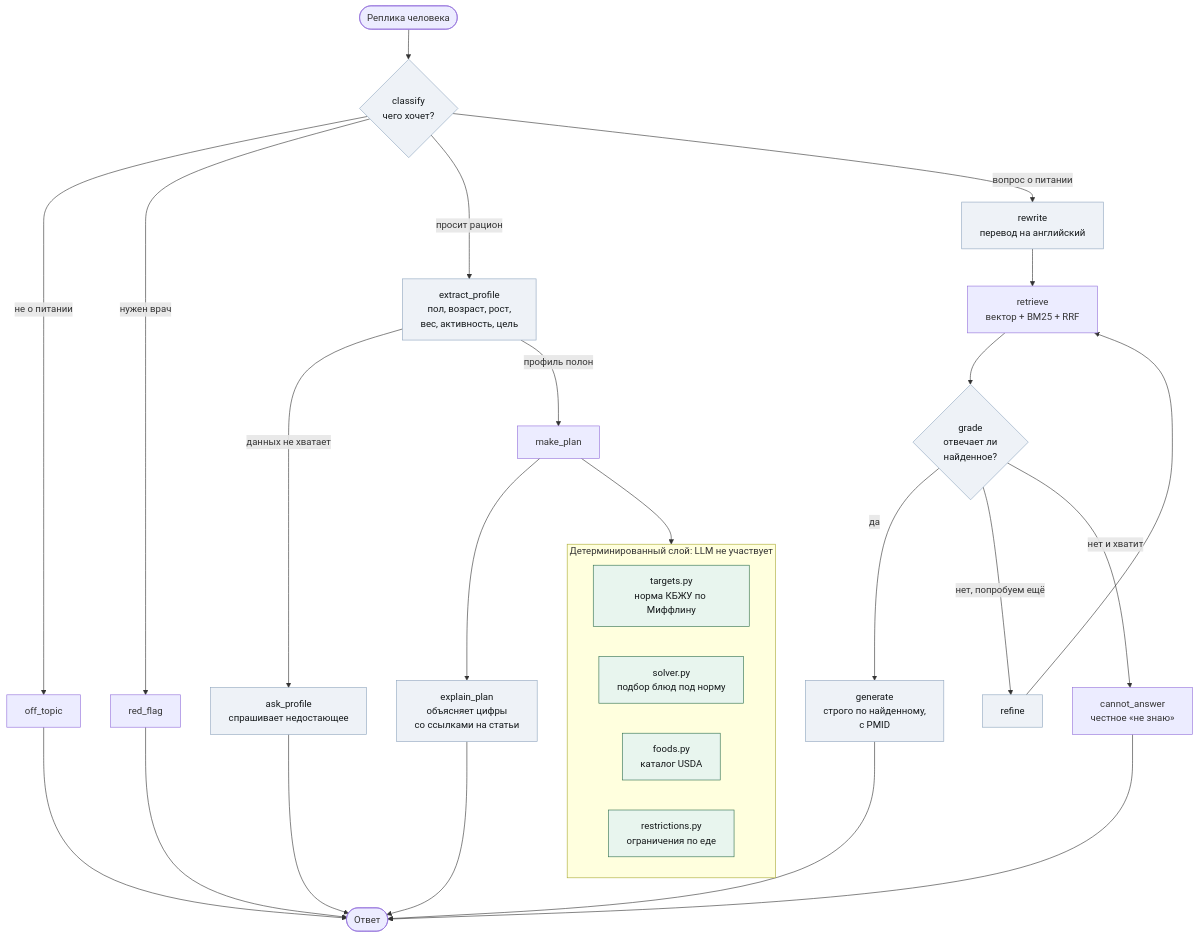
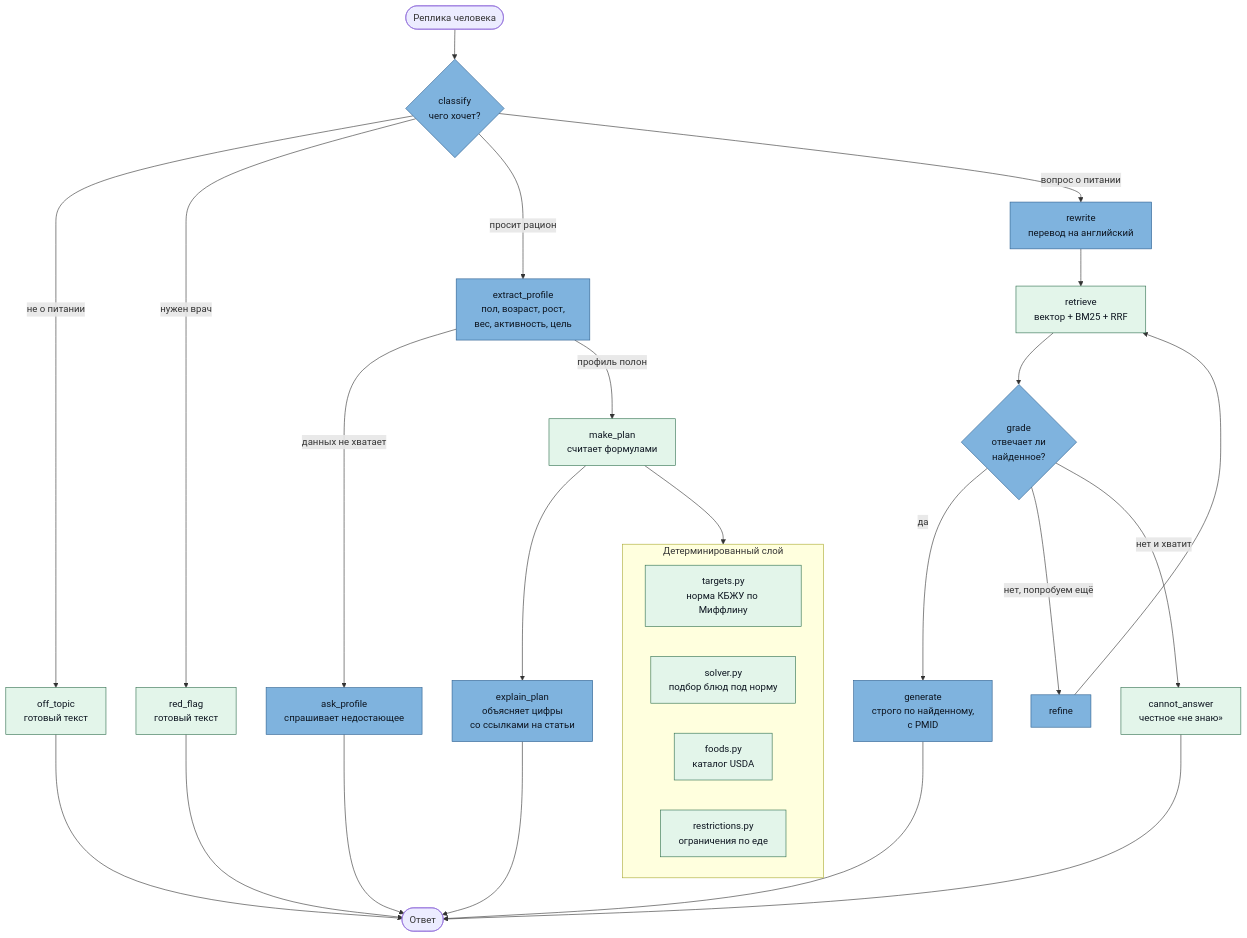
Before and after one commit to Lutichek/Nutrition-agent: the diagram in README.md, drawn with Mermaid. The commit also changed other lines of this file, not shown here.

Commit message:
Диаграмма: различимые цвета и честная подпись
Две ошибки, и обе тихие.

Заливки были #eef2f7 и #e8f5ee — бледно-голубая и бледно-зелёная
со светлотой 94.7% и 94.8%. Разница 0.1 процентного пункта: цвета
отрисовывались, но на экране это два почти белых прямоугольника.
Новая пара различается и тоном (207° против 143°), и светлотой
(контраст 1.97) — видна даже в оттенках серого.

Вторая ошибка хуже: четыре узла не были покрашены вовсе. off_topic,
red_flag, cannot_answer и make_plan работают без модели, но в подписи
«голубым — LLM, зелёным — остальное» не попадали ни в одну категорию.
Проверено по agent.py: все тринадцать узлов теперь отнесены к тому
классу, которому соответствуют в коде.

Классы проставлены синтаксисом :::, а перечень узлов в подписи дан
словами: оттенок может не пережить смену темы или отрисовщика,
а список переживёт.

````diff
--- a/README.md
+++ b/README.md
@@ -42,32 +42,30 @@
 ```mermaid
 flowchart TD
-    Q([Реплика человека]) --> C{classify<br/>чего хочет?}
+    Q([Реплика человека]) --> C{classify<br/>чего хочет?}:::llm
 
-    C -->|не о питании| OT[off_topic] --> E([Ответ])
-    C -->|нужен врач| RF[red_flag] --> E
+    C -->|не о питании| OT[off_topic<br/>готовый текст]:::code --> E([Ответ])
+    C -->|нужен врач| RF[red_flag<br/>готовый текст]:::code --> E
 
-    C -->|просит рацион| EP[extract_profile<br/>пол, возраст, рост,<br/>вес, активность, цель]
-    EP -->|данных не хватает| AP[ask_profile<br/>спрашивает недостающее] --> E
-    EP -->|профиль полон| MP[make_plan]
-    MP --> XP[explain_plan<br/>объясняет цифры<br/>со ссылками на статьи] --> E
+    C -->|просит рацион| EP[extract_profile<br/>пол, возраст, рост,<br/>вес, активность, цель]:::llm
+    EP -->|данных не хватает| AP[ask_profile<br/>спрашивает недостающее]:::llm --> E
+    EP -->|профиль полон| MP[make_plan<br/>считает формулами]:::code
+    MP --> XP[explain_plan<br/>объясняет цифры<br/>со ссылками на статьи]:::llm --> E
 
-    C -->|вопрос о питании| RW[rewrite<br/>перевод на английский] --> RT[retrieve<br/>вектор + BM25 + RRF]
-    RT --> G{grade<br/>отвечает ли<br/>найденное?}
-    G -->|да| GEN[generate<br/>строго по найденному,<br/>с PMID] --> E
-    G -->|нет, попробуем ещё| RFN[refine] --> RT
-    G -->|нет и хватит| CA[cannot_answer<br/>честное «не знаю»] --> E
+    C -->|вопрос о питании| RW[rewrite<br/>перевод на английский]:::llm --> RT[retrieve<br/>вектор + BM25 + RRF]:::code
+    RT --> G{grade<br/>отвечает ли<br/>найденное?}:::llm
+    G -->|да| GEN[generate<br/>строго по найденному,<br/>с PMID]:::llm --> E
+    G -->|нет, попробуем ещё| RFN[refine]:::llm --> RT
+    G -->|нет и хватит| CA[cannot_answer<br/>честное «не знаю»]:::code --> E
 
-    subgraph DET [Детерминированный слой: LLM не участвует]
-        T[targets.py<br/>норма КБЖУ по Миффлину]
-        S[solver.py<br/>подбор блюд под норму]
-        F[foods.py<br/>каталог USDA]
-        R[restrictions.py<br/>ограничения по еде]
+    subgraph DET [Детерминированный слой]
+        T[targets.py<br/>норма КБЖУ по Миффлину]:::code
+        S[solver.py<br/>подбор блюд под норму]:::code
+        F[foods.py<br/>каталог USDA]:::code
+        R[restrictions.py<br/>ограничения по еде]:::code
     end
 
     MP --> DET
 
-    classDef llm fill:#eef2f7,stroke:#8fa6bf,color:#14181a
-    classDef code fill:#e8f5ee,stroke:#2f6f4e,color:#14181a
-    class C,EP,AP,XP,RW,G,GEN,RFN llm
-    class T,S,F,R code
+    classDef llm fill:#7fb3de,stroke:#2c5f8f,color:#0d1520
+    classDef code fill:#e3f5ea,stroke:#2f6f4e,color:#0d1520
 ```
````
